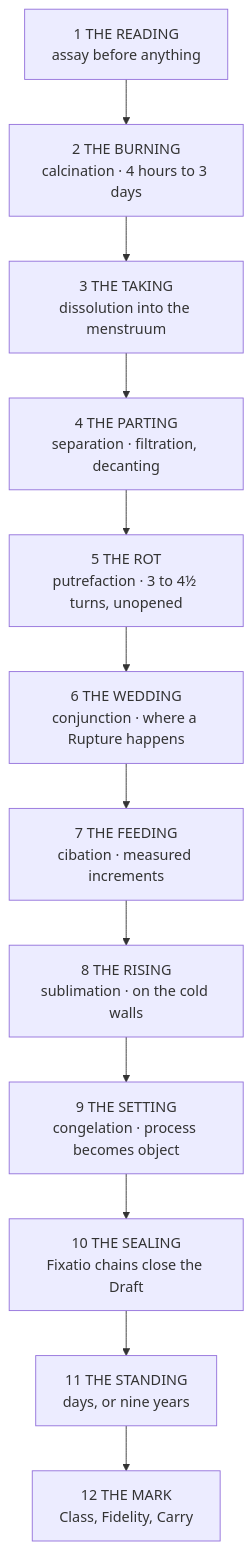
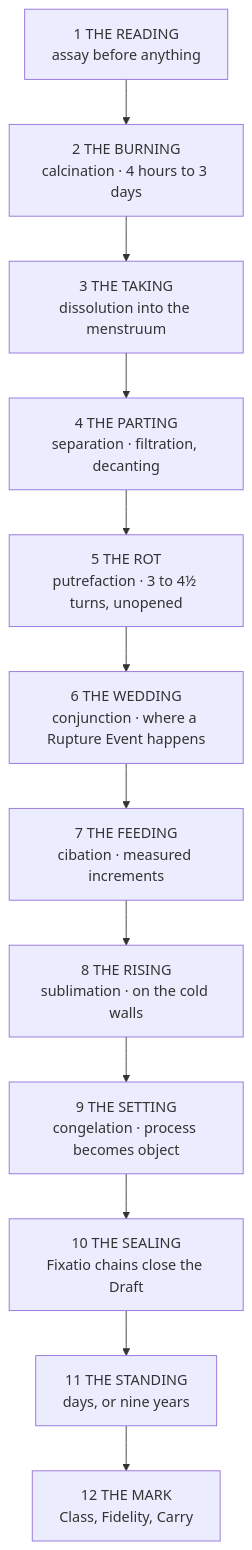
The diagram in wiki/Materials, Alchemy & Trade/Alchemetrica.md (vispotvision/wotr-rule-index), drawn with Mermaid before and after one commit. The commit also changed other lines of this file and 27 other files, not shown here.

````diff
--- a/wiki/Materials, Alchemy & Trade/Alchemetrica.md
+++ b/wiki/Materials, Alchemy & Trade/Alchemetrica.md
@@ -143,14 +143,14 @@
 ```mermaid
 flowchart TD
     R["1 THE READING<br>assay before anything"] --> B["2 THE BURNING<br>calcination · 4 hours to 3 days"]
     B --> T["3 THE TAKING<br>dissolution into the menstruum"]
     T --> P["4 THE PARTING<br>separation · filtration, decanting"]
     P --> RO["5 THE ROT<br>putrefaction · 3 to 4½ turns, unopened"]
-    RO --> W["6 THE WEDDING<br>conjunction · where a Rupture happens"]
+    RO --> W["6 THE WEDDING<br>conjunction · where a Rupture Event happens"]
     W --> F["7 THE FEEDING<br>cibation · measured increments"]
     F --> RI["8 THE RISING<br>sublimation · on the cold walls"]
     RI --> S["9 THE SETTING<br>congelation · process becomes object"]
     S --> SE["10 THE SEALING<br>Fixatio chains close the Draft"]
     SE --> ST["11 THE STANDING<br>days, or nine years"]
     ST --> M["12 THE MARK<br>Class, Fidelity, Carry"]
 ```
````
